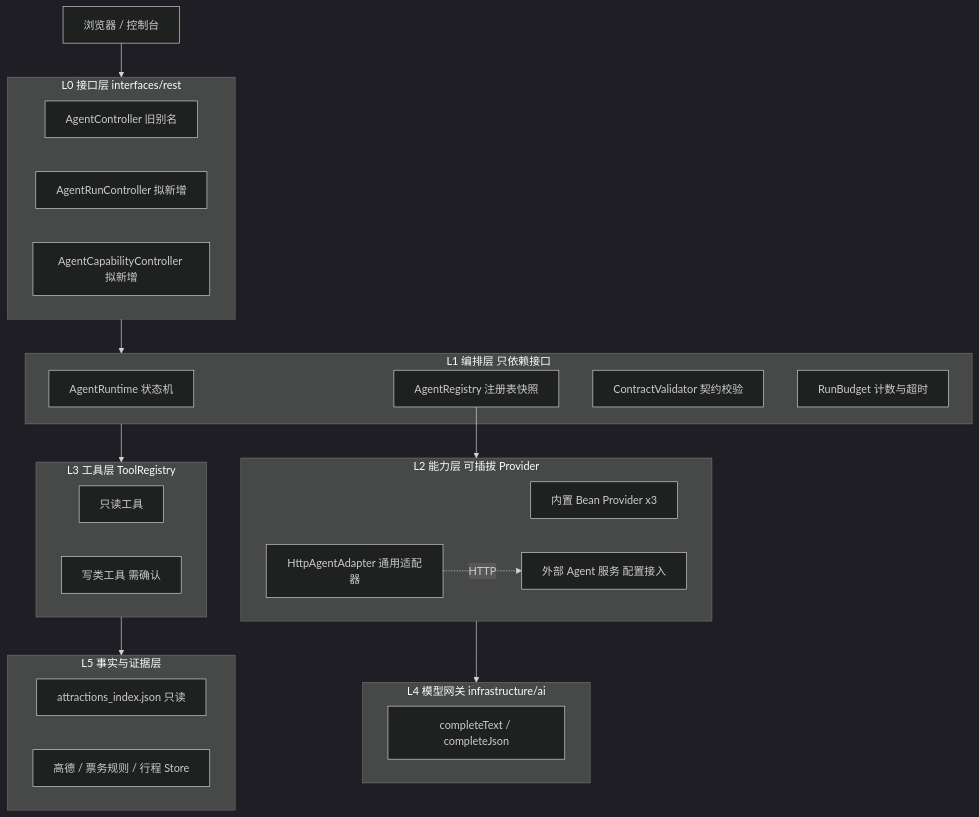
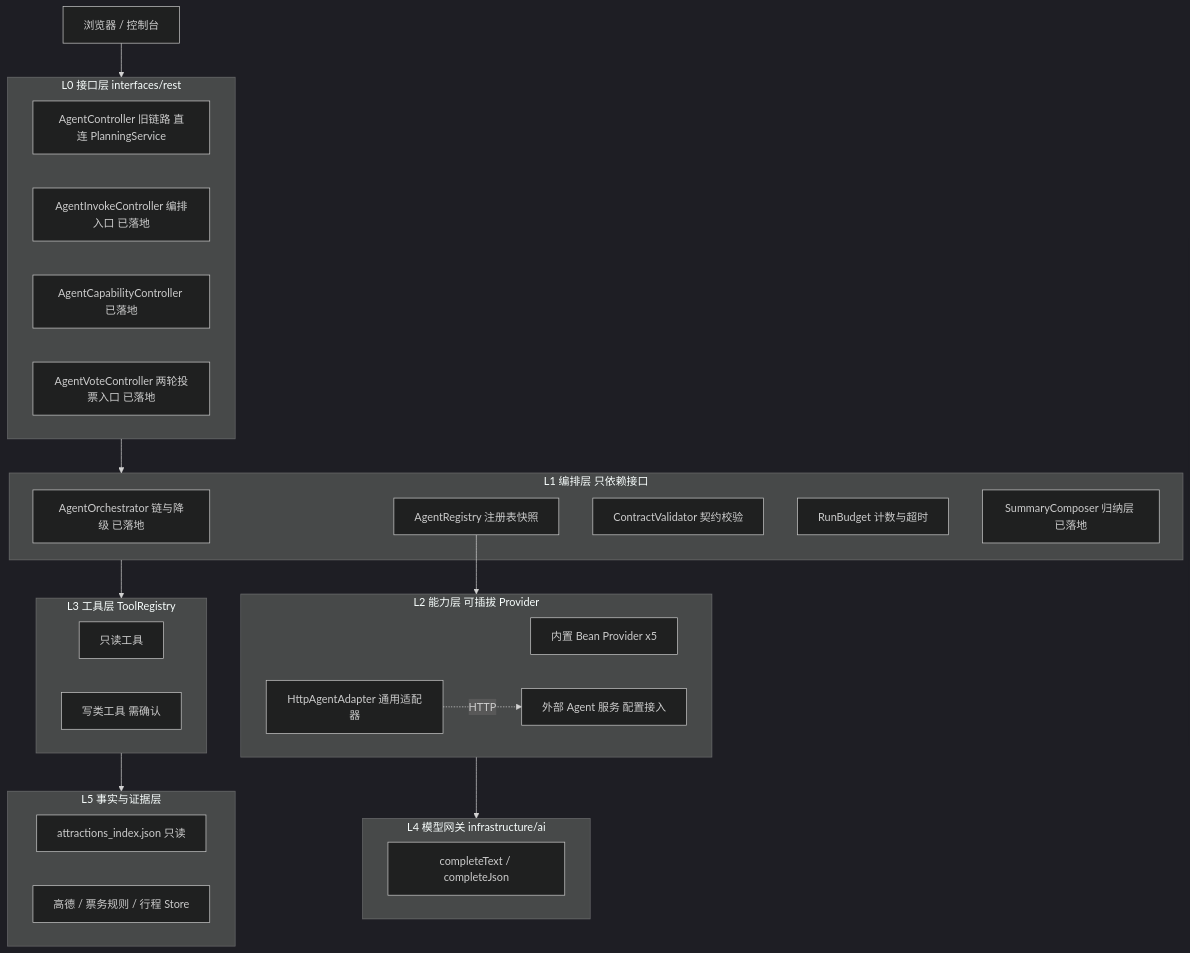
The first of 2 diagrams in docs/Agent运行时架构设计.md (dmety/Travel-Assistant-Agent), drawn with Mermaid (dark theme) before and after one commit. The commit also changed other lines of this file and 15 other files, not shown here.

````diff
--- a/docs/Agent运行时架构设计.md
+++ b/docs/Agent运行时架构设计.md
@@ -92,37 +92,39 @@
 ```mermaid
 flowchart TB
   U["浏览器 / 控制台"] --> L0
   subgraph L0["L0 接口层 interfaces/rest"]
-    C1["AgentController 旧别名"]
-    C2["AgentRunController 拟新增"]
-    C3["AgentCapabilityController 拟新增"]
+    C1["AgentController 旧链路 直连 PlanningService"]
+    C2["AgentInvokeController 编排入口 已落地"]
+    C3["AgentCapabilityController 已落地"]
+    C4["AgentVoteController 两轮投票入口 已落地"]
   end
   L0 --> L1
   subgraph L1["L1 编排层 只依赖接口"]
-    O["AgentRuntime 状态机"]
+    O["AgentOrchestrator 链与降级 已落地"]
     R["AgentRegistry 注册表快照"]
     V["ContractValidator 契约校验"]
     B["RunBudget 计数与超时"]
+    S["SummaryComposer 归纳层 已落地"]
   end
   R --> L2
   subgraph L2["L2 能力层 可插拔 Provider"]
-    P1["内置 Bean Provider x3"]
+    P1["内置 Bean Provider x5"]
     P2["HttpAgentAdapter 通用适配器"]
     P3["外部 Agent 服务 配置接入"]
   end
   L1 --> L3
   subgraph L3["L3 工具层 ToolRegistry"]
     T1["只读工具"]
     T2["写类工具 需确认"]
   end
   L2 --> L4
   subgraph L4["L4 模型网关 infrastructure/ai"]
     M1["completeText / completeJson"]
   end
   L3 --> L5
   subgraph L5["L5 事实与证据层"]
     F1["attractions_index.json 只读"]
     F2["高德 / 票务规则 / 行程 Store"]
   end
   P2 -.->|HTTP| P3
 ```
````
